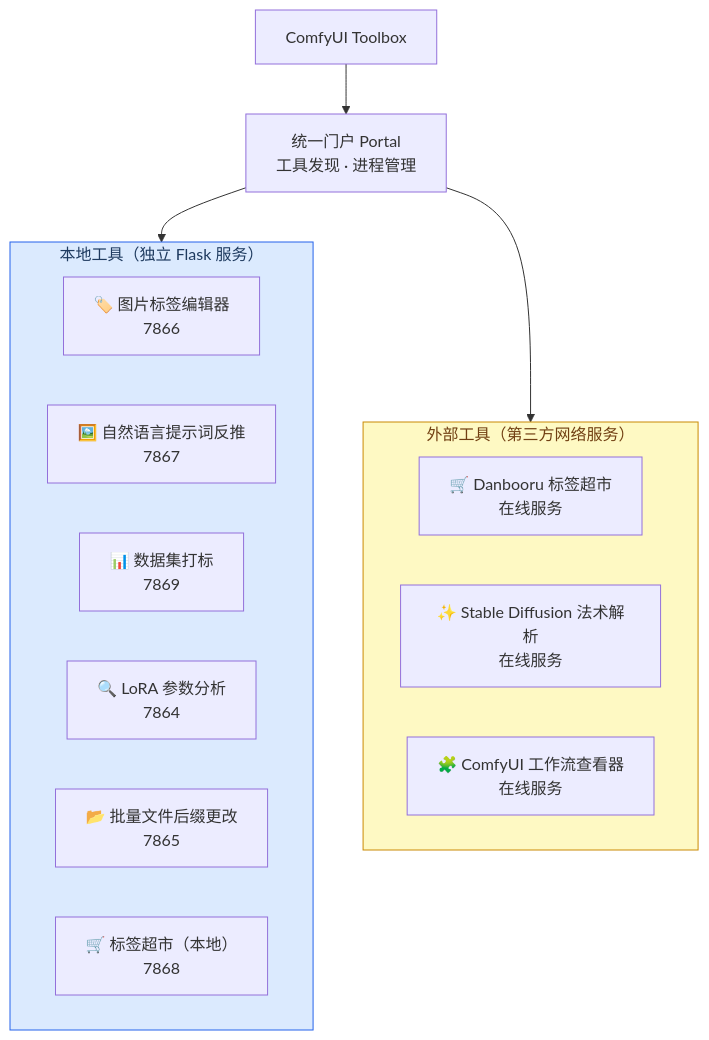
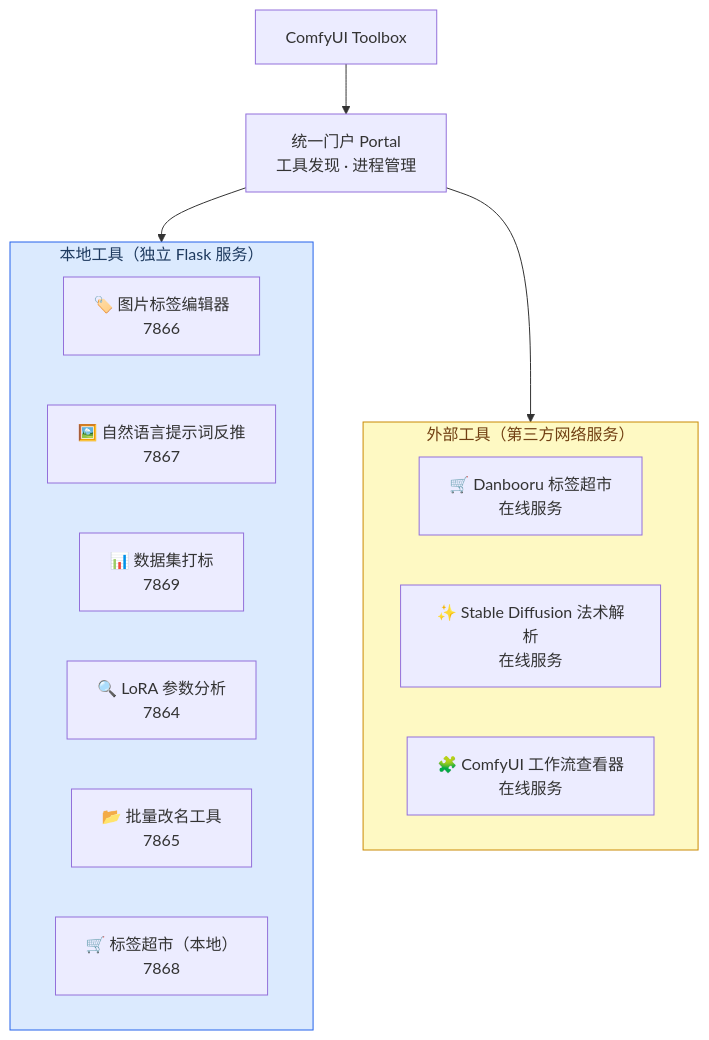
One commit to kkmlimingfeng/ComfyuiToolBox changed the diagram in README.md. Above: the diagram before and after it, drawn with Mermaid. The commit also changed other lines of this file, not shown here.

Commit message:
README: 更新数据集打标 (PixAI/双模型双阈值/固定排序/标签统计)、批量改名工具 (图片重命名)、标签超市按钮与格式化设置、LoRA ai-toolkit 兼容等最新功能

````diff
--- a/README.md
+++ b/README.md
@@ -20,32 +20,32 @@
 ```mermaid
 flowchart TB
     accTitle: ComfyUI Toolbox Architecture
     accDescr: The unified portal discovers and manages independent tools, grouped into local tools and external web-based tools.
 
     root["ComfyUI Toolbox"] --> portal["统一门户 Portal<br/>工具发现 · 进程管理"]
 
     portal --> local
     portal --> external
 
     subgraph local["本地工具（独立 Flask 服务）"]
         direction LR
         editor["🏷️ 图片标签编辑器<br/>7866"]
         img2prompt["🖼️ 自然语言提示词反推<br/>7867"]
         tagger["📊 数据集打标<br/>7869"]
         lora["🔍 LoRA 参数分析<br/>7864"]
-        renamer["📂 批量文件后缀更改<br/>7865"]
+        renamer["📂 批量改名工具<br/>7865"]
         shop["🛒 标签超市（本地）<br/>7868"]
     end
 
     subgraph external["外部工具（第三方网络服务）"]
         direction LR
         danbooru["🛒 Danbooru 标签超市<br/>在线服务"]
         spell["✨ Stable Diffusion 法术解析<br/>在线服务"]
         comfyviewer["🧩 ComfyUI 工作流查看器<br/>在线服务"]
     end
 
     classDef localbox fill:#dbeafe,stroke:#2563eb,color:#1e3a5f
     classDef externalbox fill:#fef9c3,stroke:#ca8a04,color:#713f12
     class local localbox
     class external externalbox
 ```
````
